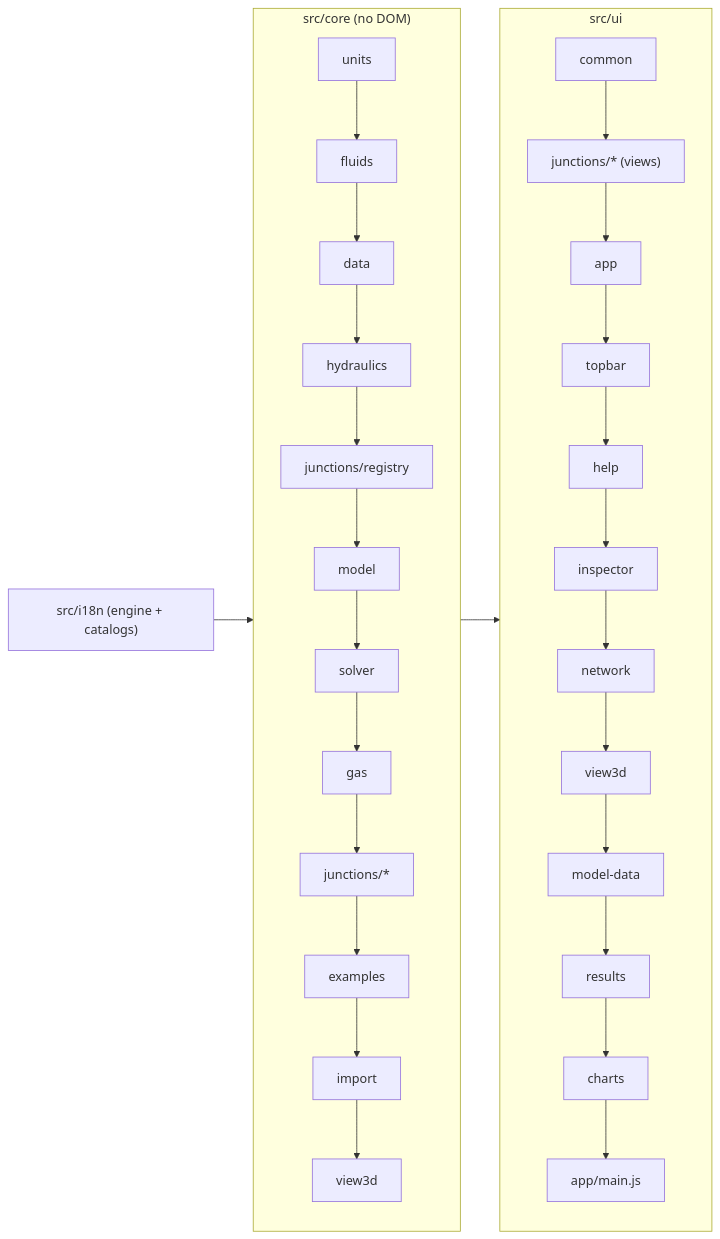
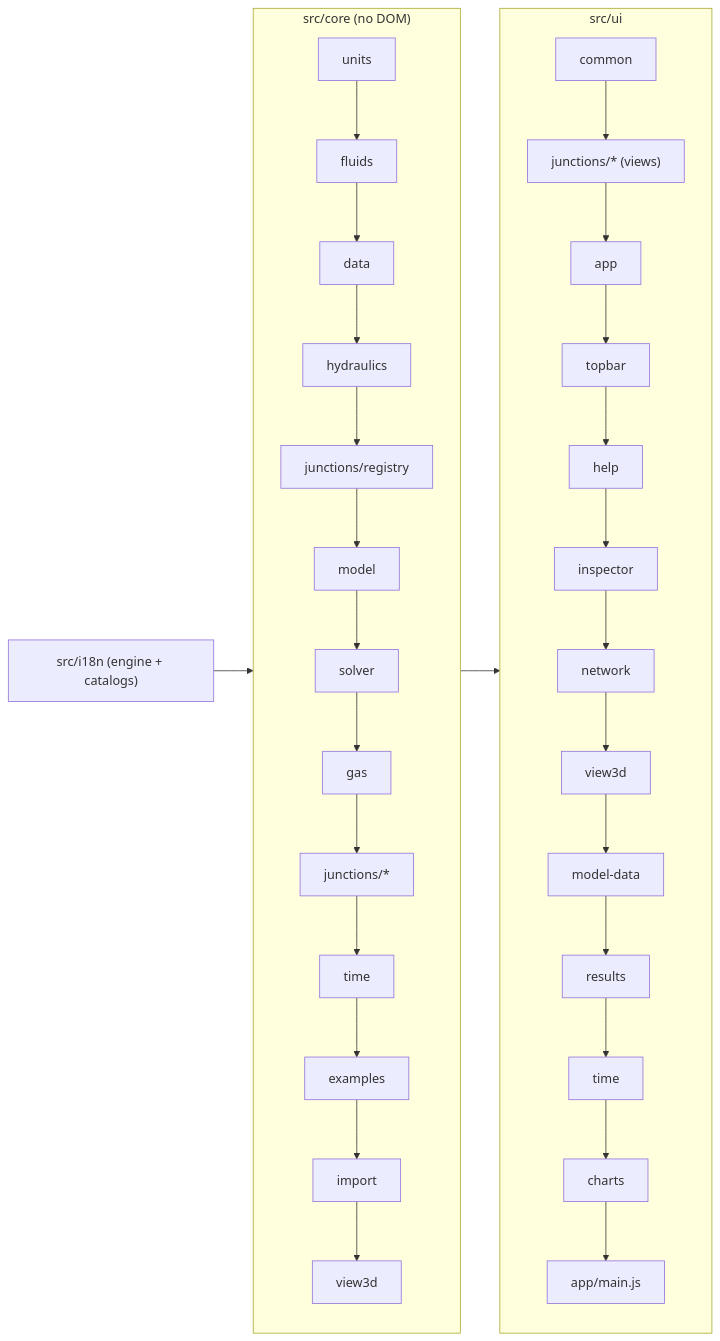
The diagram in docs/ARCHITECTURE.md (rafaperk/pumpit), drawn with Mermaid before and after one commit. The commit also changed other lines of this file and 95 other files, not shown here.

````diff
--- a/docs/ARCHITECTURE.md
+++ b/docs/ARCHITECTURE.md
@@ -15,11 +15,11 @@
 ```mermaid
 flowchart LR
   i18n["src/i18n (engine + catalogs)"] --> core
   subgraph core["src/core (no DOM)"]
-    units --> fluids --> data --> hydraulics --> registry["junctions/registry"] --> model --> solver --> gas --> jtypes["junctions/*"] --> examples --> imports["import"] --> view3d
+    units --> fluids --> data --> hydraulics --> registry["junctions/registry"] --> model --> solver --> gas --> jtypes["junctions/*"] --> time --> examples --> imports["import"] --> view3d
   end
   subgraph ui["src/ui"]
-    common --> jviews["junctions/* (views)"] --> app --> topbar --> help --> inspector --> network --> view3dui["view3d"] --> modeldata["model-data"] --> results --> charts --> main["app/main.js"]
+    common --> jviews["junctions/* (views)"] --> app --> topbar --> help --> inspector --> network --> view3dui["view3d"] --> modeldata["model-data"] --> results --> timeui["time"] --> charts --> main["app/main.js"]
   end
   core --> ui
 ```
````
